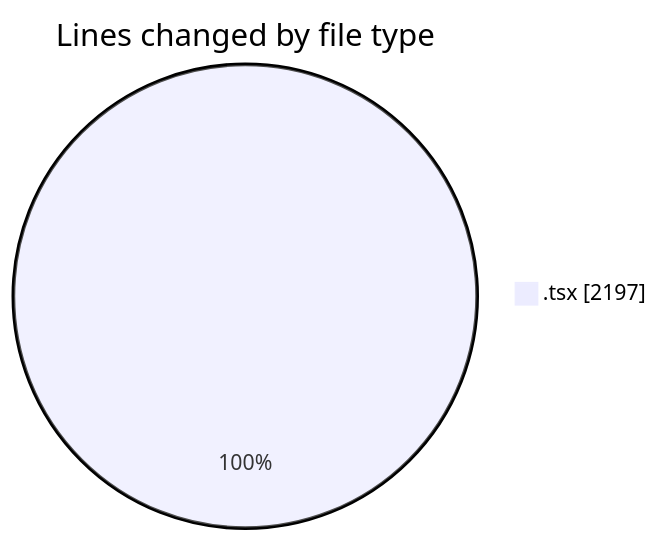
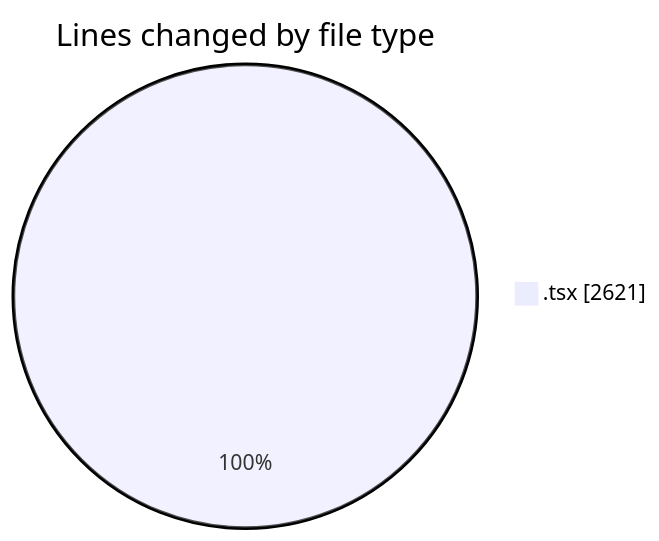
The first of 2 diagrams in 2026-07-13/nxtqube_webapp/README.md (nxtqubesakshisongat/code-tracking), drawn with Mermaid before and after one commit. The commit also changed other lines of this file and 1 other file, not shown here.

````diff
--- a/2026-07-13/nxtqube_webapp/README.md
+++ b/2026-07-13/nxtqube_webapp/README.md
@@ -30,5 +32,5 @@
 ```mermaid
 pie showData
 title Lines changed by file type
-".tsx" : 2197
+".tsx" : 2621
 ```
````
